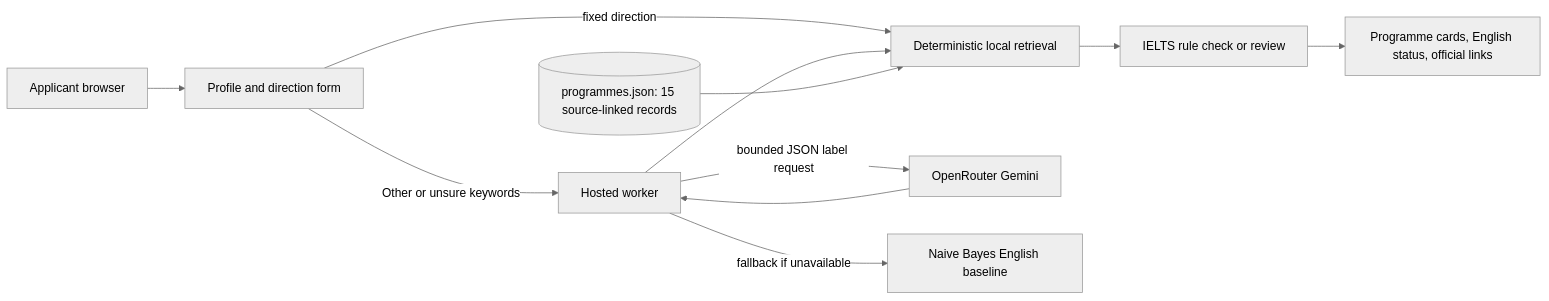
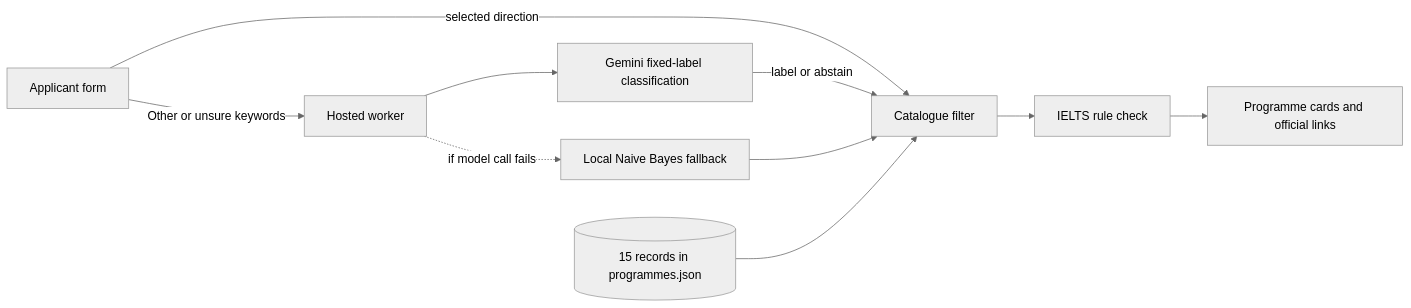
One commit to niuduoer001-eng/pe6201-ds-compass changed the diagram in docs/PRODUCT_DOCUMENTATION.md. Above: the diagram before and after it, drawn with Mermaid (neutral theme). The commit also changed other lines of this file and 9 other files, not shown here.

````diff
--- a/docs/PRODUCT_DOCUMENTATION.md
+++ b/docs/PRODUCT_DOCUMENTATION.md
@@ -25,13 +23,12 @@
 ```mermaid
 flowchart LR
-  U[Applicant browser] --> F[Profile and direction form]
-  F -->|fixed direction| R[Deterministic local retrieval]
-  F -->|Other or unsure keywords| W[Hosted worker]
-  W -->|bounded JSON label request| L[OpenRouter Gemini]
-  L --> W
-  W -->|fallback if unavailable| B[Naive Bayes English baseline]
-  W --> R
-  D[(programmes.json: 15 source-linked records)] --> R
-  R --> E[IELTS rule check or review]
-  E --> O[Programme cards, English status, official links]
+  A[Applicant form] -->|selected direction| C[Catalogue filter]
+  A -->|Other or unsure keywords| W[Hosted worker]
+  W --> G[Gemini fixed-label classification]
+  G -->|label or abstain| C
+  W -. if model call fails .-> N[Local Naive Bayes fallback]
+  N --> C
+  D[(15 records in programmes.json)] --> C
+  C --> E[IELTS rule check]
+  E --> O[Programme cards and official links]
 ```
````
